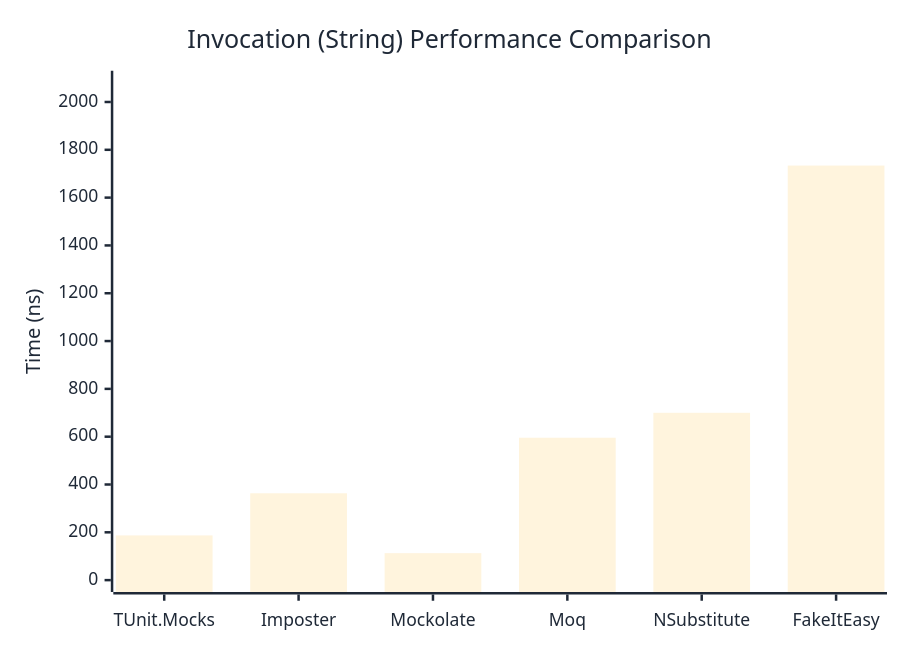
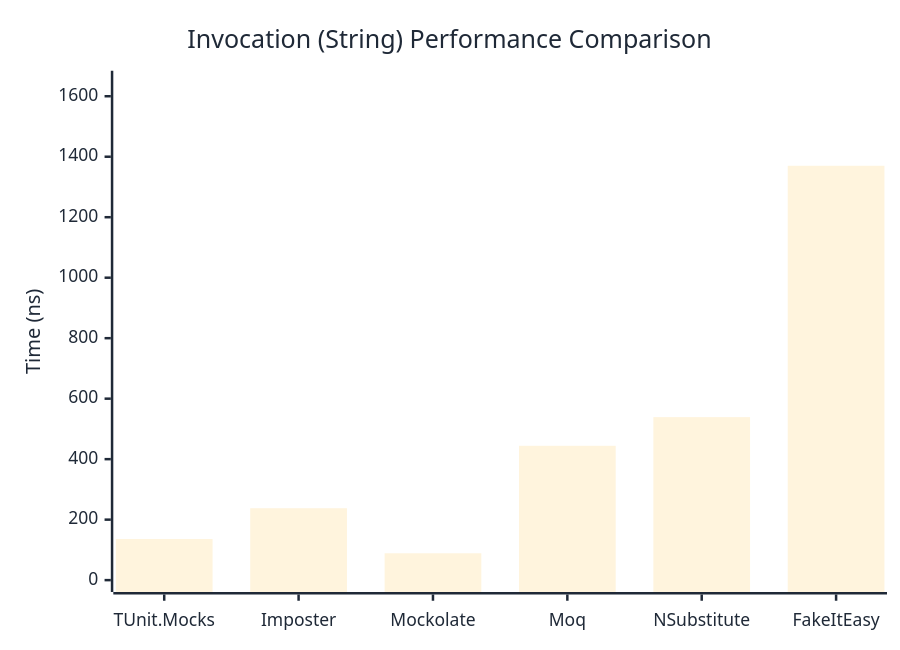
One commit to thomhurst/TUnit changed the second of 3 diagrams in docs/docs/benchmarks/mocks/Invocation.md. Above: the diagram before and after it, drawn with Mermaid. The commit also changed other lines of this file and 14 other files, not shown here.

````diff
--- a/docs/docs/benchmarks/mocks/Invocation.md
+++ b/docs/docs/benchmarks/mocks/Invocation.md
@@ -71,27 +71,27 @@
 ```mermaid
 %%{init: {
   'theme':'base',
   'themeVariables': {
     'primaryColor': '#2563eb',
     'primaryTextColor': '#1f2937',
     'primaryBorderColor': '#1e40af',
     'lineColor': '#6b7280',
     'secondaryColor': '#7c3aed',
     'tertiaryColor': '#dc2626',
     'background': '#ffffff',
     'pie1': '#2563eb',
     'pie2': '#7c3aed',
     'pie3': '#dc2626',
     'pie4': '#f59e0b',
     'pie5': '#10b981',
     'pie6': '#06b6d4',
     'pie7': '#ec4899',
     'pie8': '#6366f1'
   }
 }}%%
 xychart-beta
   title "Invocation (String) Performance Comparison"
   x-axis ["TUnit.Mocks", "Imposter", "Mockolate", "Moq", "NSubstitute", "FakeItEasy"]
-  y-axis "Time (ns)" 0 --> 2081
-  bar [187, 363.3, 112.8, 595.6, 700, 1734.1]
+  y-axis "Time (ns)" 0 --> 1645
+  bar [135.91, 237.77, 88.82, 444.19, 538.93, 1370.1]
 ```
````
